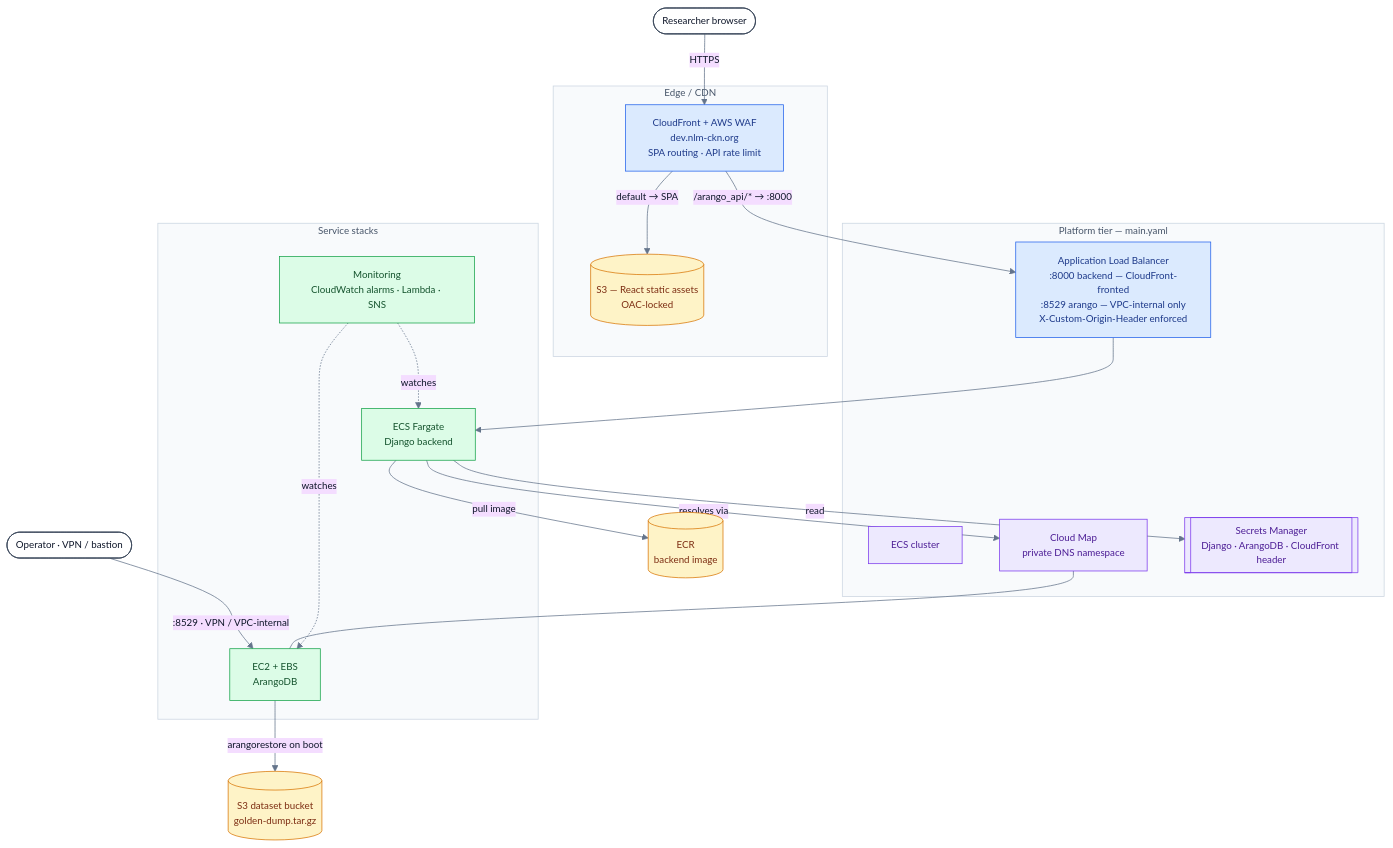
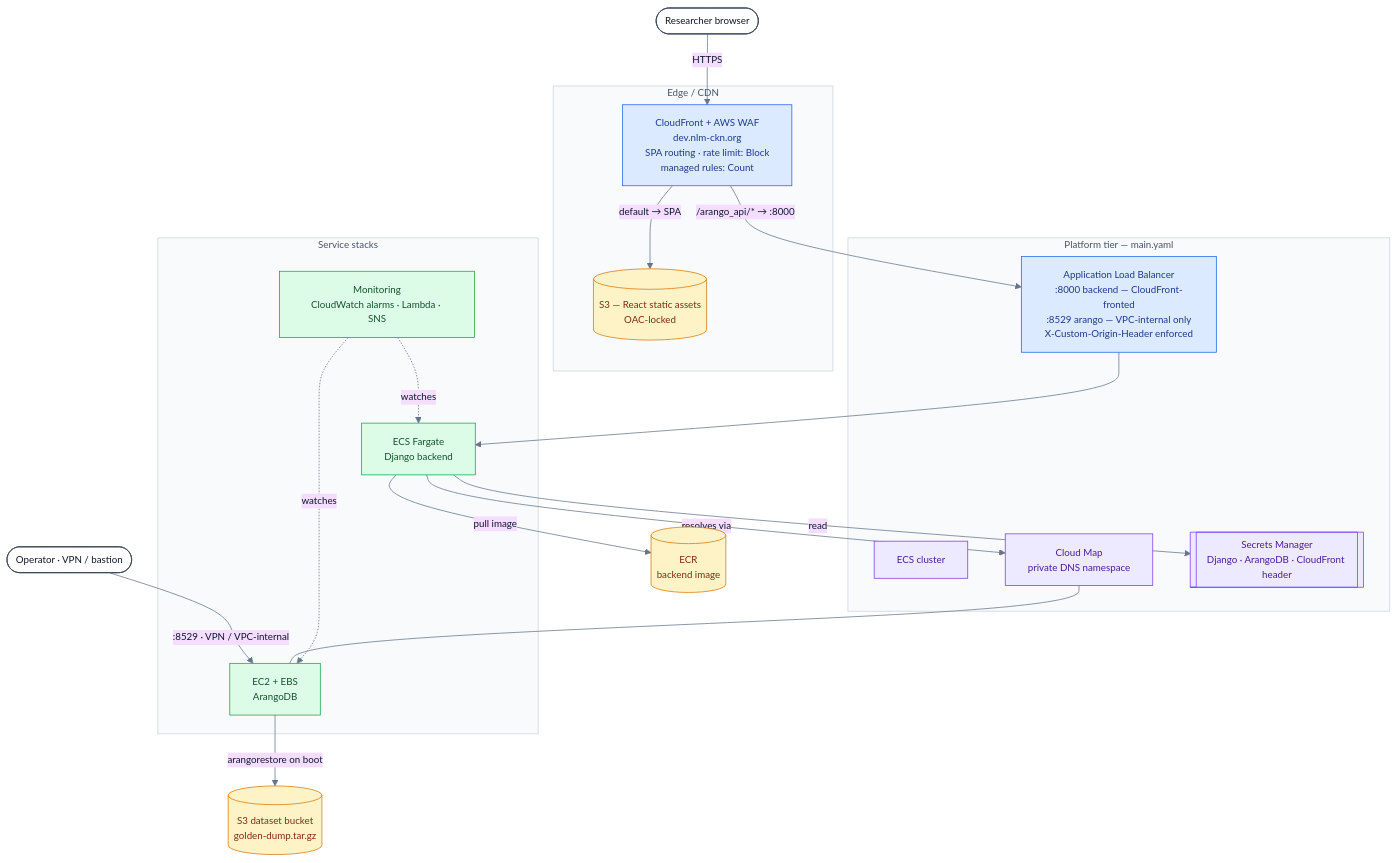
Before and after one commit to Springbok-LLC/nlm-ckn-iac: the diagram in environment/README.md, drawn with Mermaid. The commit also changed other lines of this file and 1 other file, not shown here.

````diff
--- a/environment/README.md
+++ b/environment/README.md
@@ -24,53 +24,53 @@
 ```mermaid
 %%{init: {'theme':'base', 'themeVariables': {'fontFamily':'ui-sans-serif, system-ui, sans-serif', 'fontSize':'13px', 'lineColor':'#64748b', 'primaryTextColor':'#0f172a'}}}%%
 flowchart TB
     user([Researcher browser]):::actor
     admin([Operator · VPN / bastion]):::actor
 
     subgraph edge[" Edge / CDN "]
-        cf[CloudFront + AWS WAF<br/>dev.nlm-ckn.org<br/>SPA routing · API rate limit]:::net
+        cf[CloudFront + AWS WAF<br/>dev.nlm-ckn.org<br/>SPA routing · rate limit: Block<br/>managed rules: Count]:::net
         s3f[(S3 — React static assets<br/>OAC-locked)]:::store
     end
 
     subgraph platform[" Platform tier — main.yaml "]
         alb[Application Load Balancer<br/>:8000 backend — CloudFront-fronted<br/>:8529 arango — VPC-internal only<br/>X-Custom-Origin-Header enforced]:::net
         cluster[ECS cluster]:::plat
         cloudmap[Cloud Map<br/>private DNS namespace]:::plat
         secrets[[Secrets Manager<br/>Django · ArangoDB · CloudFront header]]:::plat
     end
 
     subgraph services[" Service stacks "]
         backend[ECS Fargate<br/>Django backend]:::compute
         arango[EC2 + EBS<br/>ArangoDB]:::compute
         mon[Monitoring<br/>CloudWatch alarms · Lambda · SNS]:::compute
     end
 
     ecr[(ECR<br/>backend image)]:::store
     dataset[(S3 dataset bucket<br/>golden-dump.tar.gz)]:::store
 
     user -->|HTTPS| cf
     cf -->|default → SPA| s3f
     cf -->|/arango_api/* → :8000| alb
     alb --> backend
     admin -->|:8529 · VPN / VPC-internal| arango
 
     backend -->|pull image| ecr
     backend -->|read| secrets
     backend -->|resolves via| cloudmap
     cloudmap --- arango
     arango -->|arangorestore on boot| dataset
     mon -.->|watches| backend
     mon -.->|watches| arango
 
     %% ── node categories (shared palette across environment/ and etl/) ──
     classDef actor   fill:#ffffff,stroke:#334155,stroke-width:1px,color:#0f172a
     classDef net     fill:#dbeafe,stroke:#2563eb,color:#1e3a8a
     classDef plat    fill:#ede9fe,stroke:#7c3aed,color:#4c1d95
     classDef compute fill:#dcfce7,stroke:#16a34a,color:#14532d
     classDef store   fill:#fef3c7,stroke:#d97706,color:#7c2d12
 
     %% ── subgraph tint marks the deployment grouping ──
     style edge     fill:#f8fafc,stroke:#cbd5e1,color:#475569
     style platform fill:#f8fafc,stroke:#cbd5e1,color:#475569
     style services fill:#f8fafc,stroke:#cbd5e1,color:#475569
 ```
````
